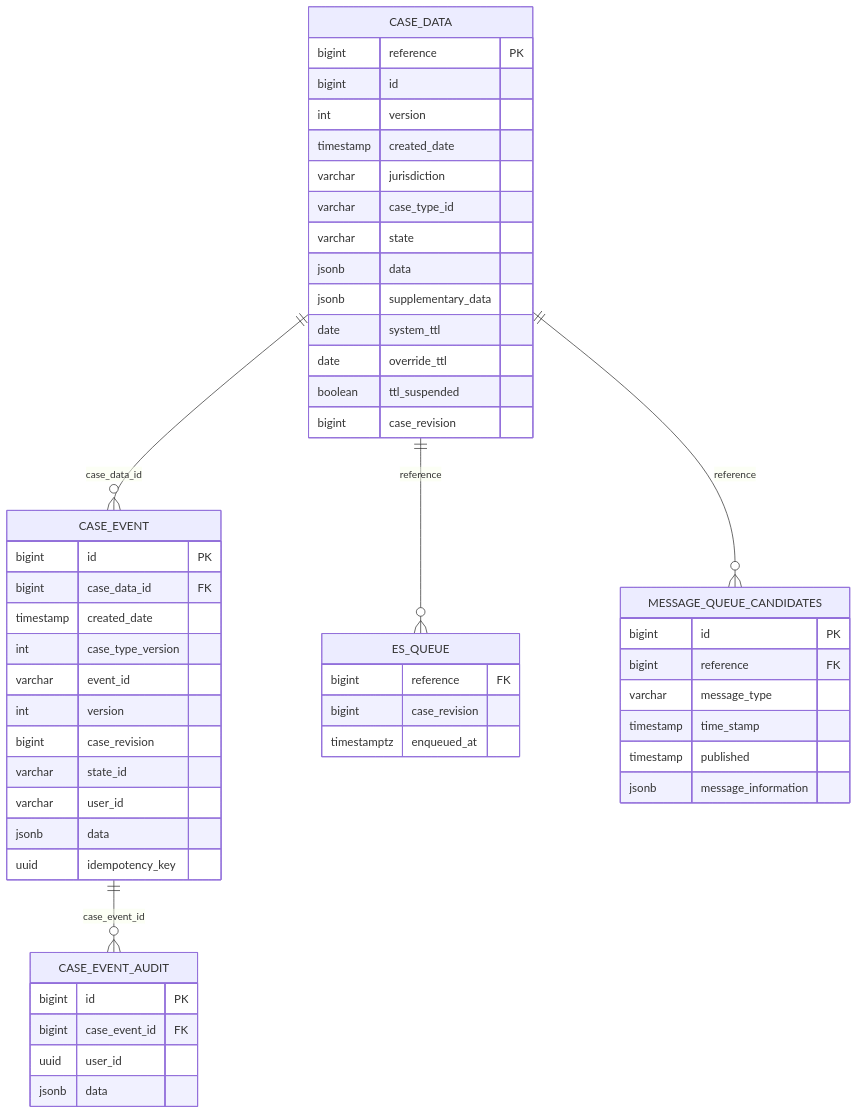
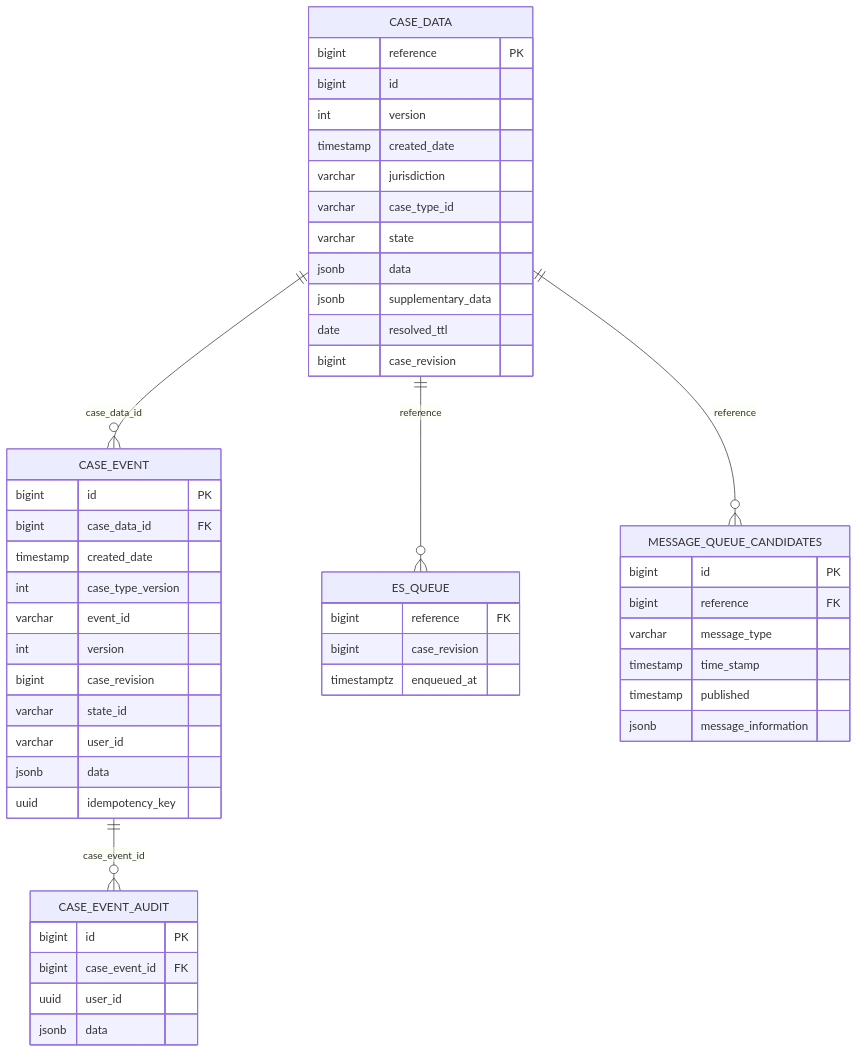
Before and after one commit to hmcts/dtsse-ccd-config-generator: the first of 2 diagrams in docs/decentralised-runtime.md, drawn with Mermaid. The commit also changed other lines of this file and 19 other files, not shown here.

````diff
--- a/docs/decentralised-runtime.md
+++ b/docs/decentralised-runtime.md
@@ -110,55 +113,53 @@
 ```mermaid
 erDiagram
     CASE_DATA {
         bigint reference PK
         bigint id
         int version
         timestamp created_date
         varchar jurisdiction
         varchar case_type_id
         varchar state
         jsonb data
         jsonb supplementary_data
-        date system_ttl
-        date override_ttl
-        boolean ttl_suspended
+        date resolved_ttl
         bigint case_revision
     }
     CASE_EVENT {
         bigint id PK
         bigint case_data_id FK
         timestamp created_date
         int case_type_version
         varchar event_id
         int version
         bigint case_revision
         varchar state_id
         varchar user_id
         jsonb data
         uuid idempotency_key
     }
     CASE_EVENT_AUDIT {
         bigint id PK
         bigint case_event_id FK
         uuid user_id
         jsonb data
     }
     ES_QUEUE {
         bigint reference FK
         bigint case_revision
         timestamptz enqueued_at
     }
     MESSAGE_QUEUE_CANDIDATES {
         bigint id PK
         bigint reference FK
         varchar message_type
         timestamp time_stamp
         timestamp published
         jsonb message_information
     }
 
     CASE_DATA ||--o{ CASE_EVENT : "case_data_id"
     CASE_EVENT ||--o{ CASE_EVENT_AUDIT : "case_event_id"
     CASE_DATA ||--o{ ES_QUEUE : "reference"
     CASE_DATA ||--o{ MESSAGE_QUEUE_CANDIDATES : "reference"
 ```
````
